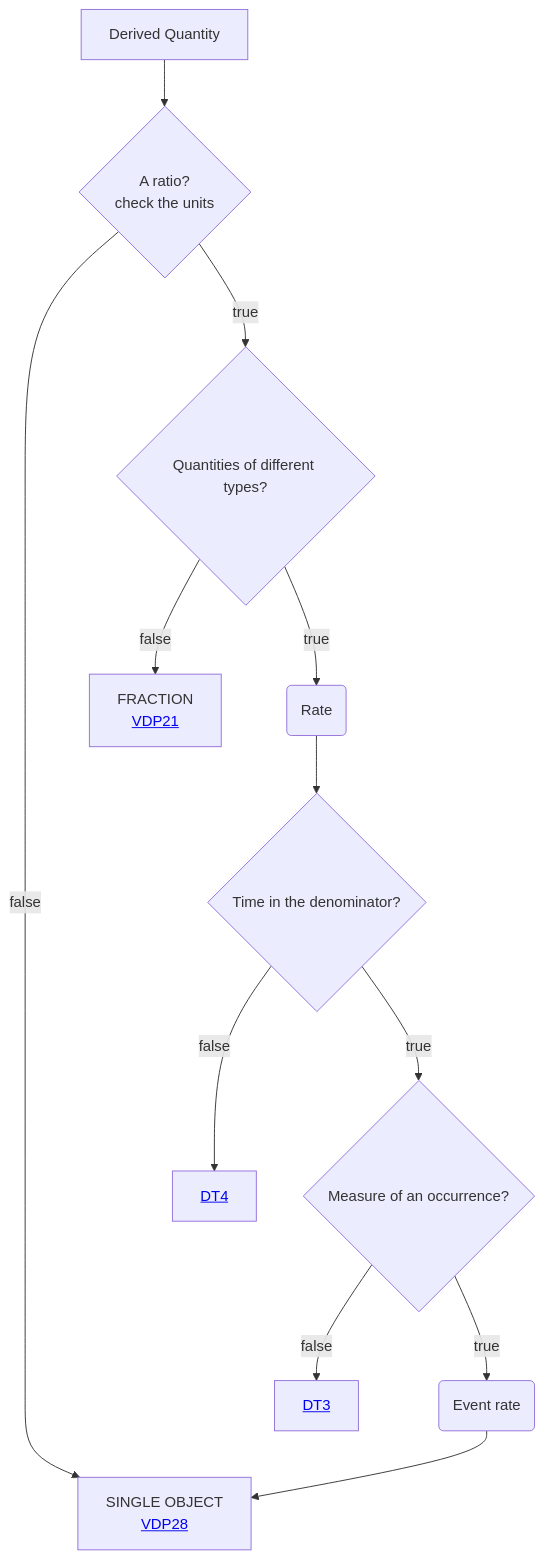
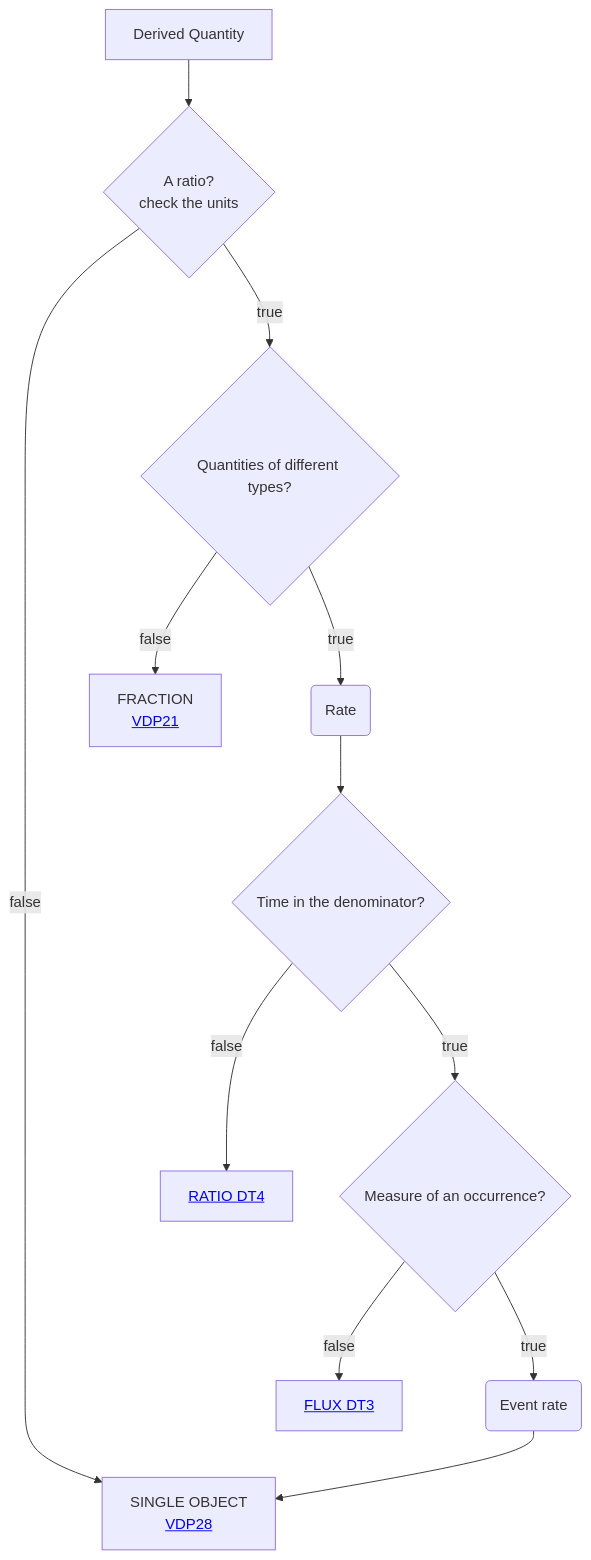
Before and after one commit to mabablue/I-ADOPT-patterns-playground: the diagram in Decisition_trees/DT2.mmd, drawn with Mermaid.

```diff
--- a/Decisition_trees/DT2.mmd
+++ b/Decisition_trees/DT2.mmd
@@ -1,12 +1,12 @@
 flowchart TD
     A[Derived Quantity] --> B{A ratio?<br>check the units}
     B --> |true|C{Quantities of different types?} 
     B --> |false|I[SINGLE OBJECT <br> <a href='https://github.com/mabablue/I-ADOPT-patterns-playground/blob/main/pattern/VDP28.yaml'>VDP28</a>]
     C --> |true|MN(Rate) 
     MN --> N{Time in the denominator?}
     C --> |false|D[FRACTION <br> <a href='https://github.com/mabablue/I-ADOPT-patterns-playground/blob/main/pattern/VDP21.yaml'>VDP21</a>]
     N --> |true|E{Measure of an occurrence?}
-    N --> |false|O[<a href='https://github.com/mabablue/I-ADOPT-patterns-playground/blob/main/Decisition_trees/DT4.mmd'>DT4</a>]
+    N --> |false|O[<a href='https://github.com/mabablue/I-ADOPT-patterns-playground/blob/main/Decisition_trees/DT4.mmd'>RATIO DT4</a>]
     E --> |true|L(Event rate)
-    E --> |false|K[<a href='https://github.com/mabablue/I-ADOPT-patterns-playground/blob/main/Decisition_trees/DT3.mmd'>DT3</a>]
+    E --> |false|K[<a href='https://github.com/mabablue/I-ADOPT-patterns-playground/blob/main/Decisition_trees/DT3.mmd'>FLUX DT3</a>]
     L --> I
```
